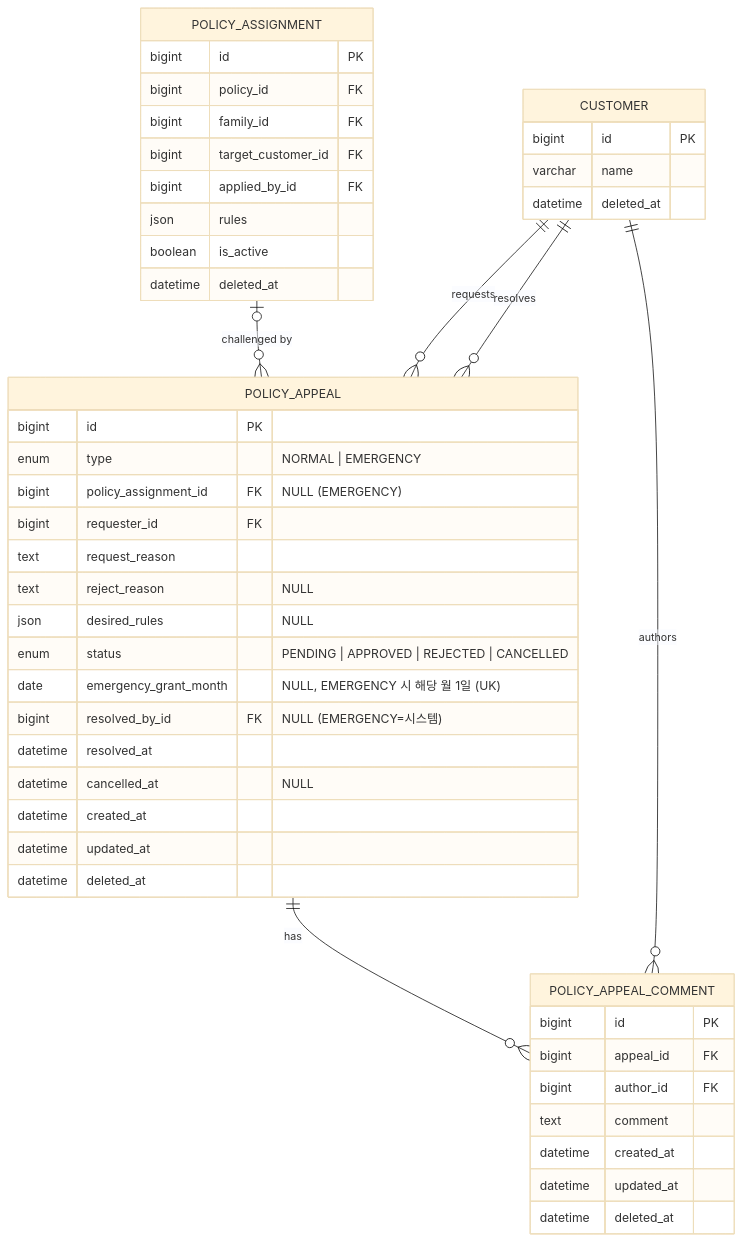
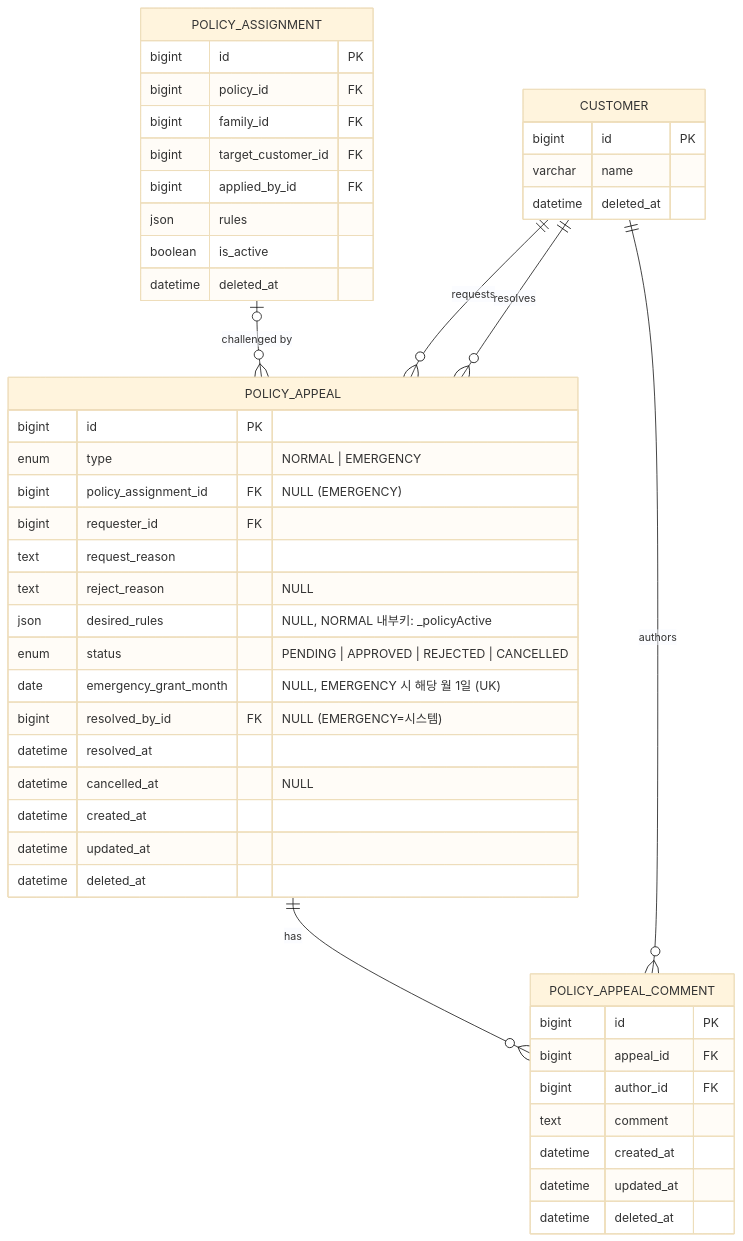
The fourth of 6 diagrams in docs/ERD.md (da-bom/lib-schema), drawn with Mermaid (base theme) before and after one commit. The commit also changed other lines of this file and 1 other file, not shown here.

````diff
--- a/docs/ERD.md
+++ b/docs/ERD.md
@@ -526,53 +528,53 @@
 ```mermaid
 erDiagram
     POLICY_ASSIGNMENT |o--o{ POLICY_APPEAL : "challenged by"
     CUSTOMER ||--o{ POLICY_APPEAL : "requests"
     CUSTOMER ||--o{ POLICY_APPEAL : "resolves"
     POLICY_APPEAL ||--o{ POLICY_APPEAL_COMMENT : "has"
     CUSTOMER ||--o{ POLICY_APPEAL_COMMENT : "authors"
 
     POLICY_ASSIGNMENT {
         bigint id PK
         bigint policy_id FK
         bigint family_id FK
         bigint target_customer_id FK
         bigint applied_by_id FK
         json rules
         boolean is_active
         datetime deleted_at
     }
 
     POLICY_APPEAL {
         bigint id PK
         enum type "NORMAL | EMERGENCY"
         bigint policy_assignment_id FK "NULL (EMERGENCY)"
         bigint requester_id FK
         text request_reason
         text reject_reason "NULL"
-        json desired_rules "NULL"
+        json desired_rules "NULL, NORMAL 내부키: _policyActive"
         enum status "PENDING | APPROVED | REJECTED | CANCELLED"
         date emergency_grant_month "NULL, EMERGENCY 시 해당 월 1일 (UK)"
         bigint resolved_by_id FK "NULL (EMERGENCY=시스템)"
         datetime resolved_at
         datetime cancelled_at "NULL"
         datetime created_at
         datetime updated_at
         datetime deleted_at
     }
 
     POLICY_APPEAL_COMMENT {
         bigint id PK
         bigint appeal_id FK
         bigint author_id FK
         text comment
         datetime created_at
         datetime updated_at
         datetime deleted_at
     }
 
     CUSTOMER {
         bigint id PK
         varchar name
         datetime deleted_at
     }
 ```
````
